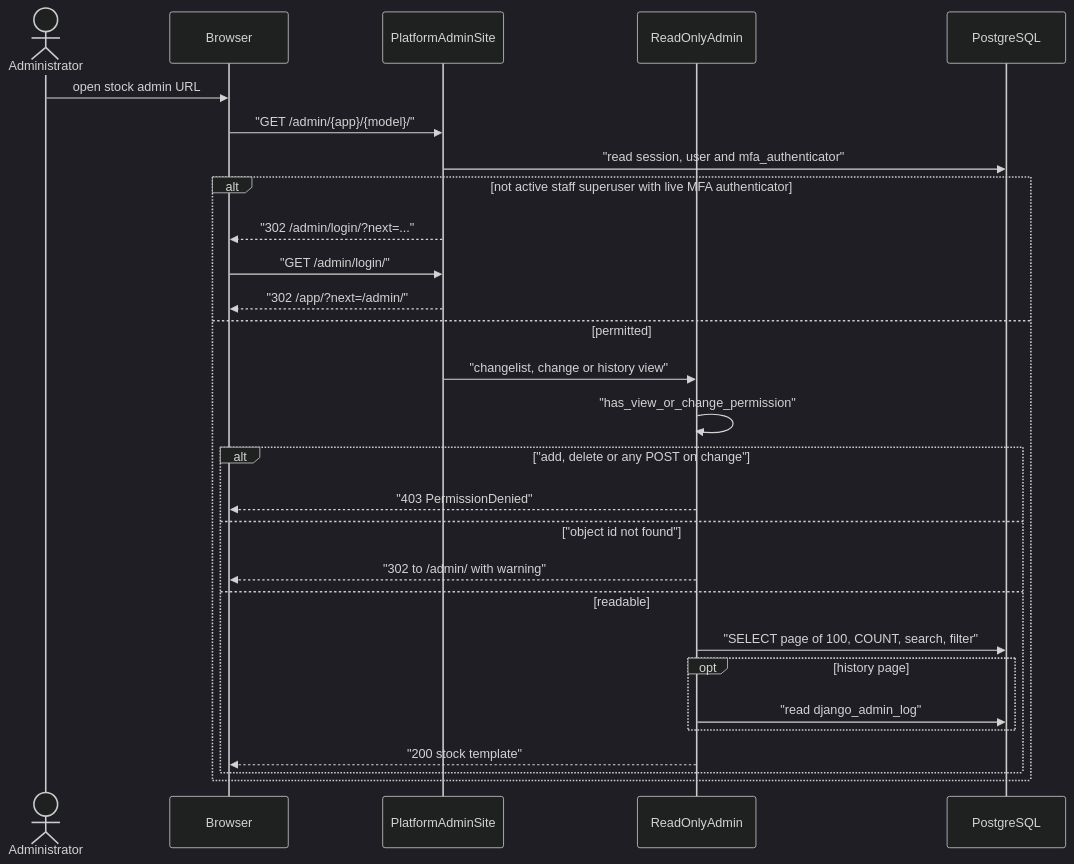
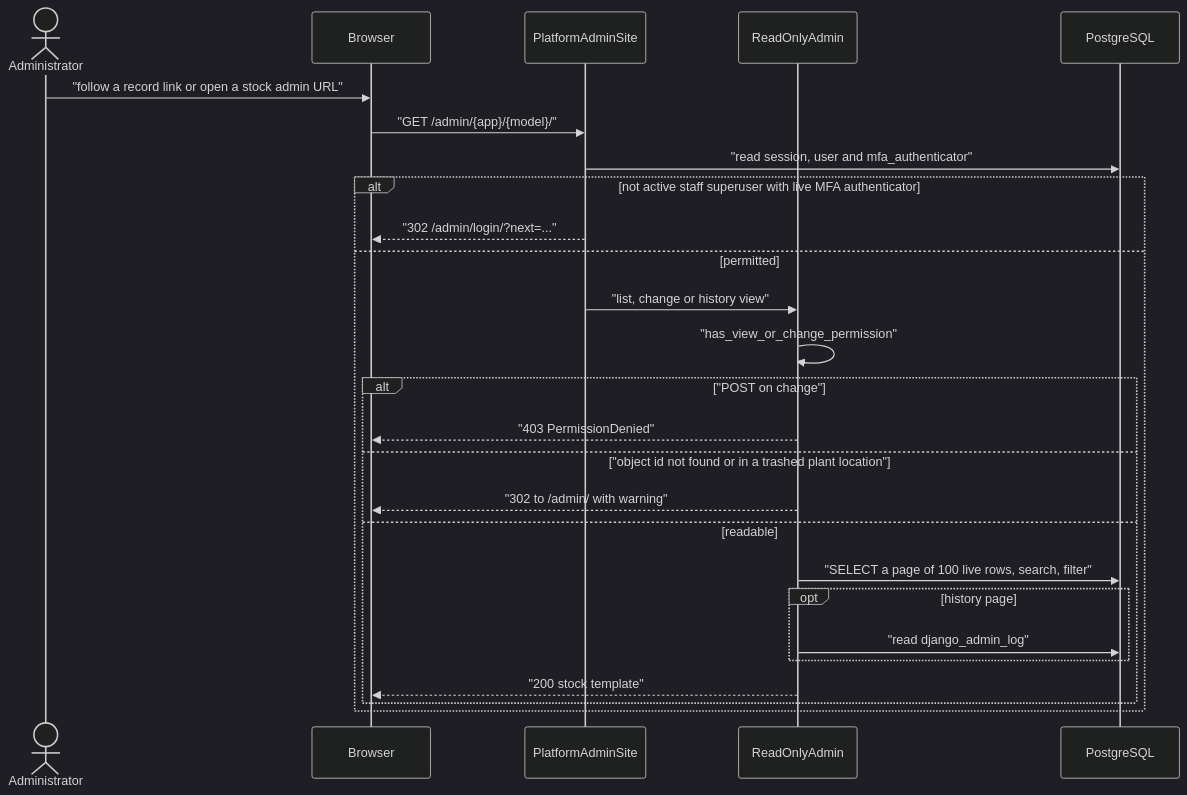
The diagram in docs/flows/admin-record-browser.md (erkurtharun/pyracast), drawn with Mermaid (dark theme) before and after one commit. The commit also changed other lines of this file and 85 other files, not shown here.

First line of the commit message:
Bring the flow pages in line with the code (#107)

````diff
--- a/docs/flows/admin-record-browser.md
+++ b/docs/flows/admin-record-browser.md
@@ -13,30 +15,28 @@
 ```mermaid
 sequenceDiagram
     actor Op as Administrator
     participant Br as Browser
     participant Site as PlatformAdminSite
     participant MA as ReadOnlyAdmin
     participant DB as PostgreSQL
-    Op->>Br: open stock admin URL
+    Op->>Br: "follow a record link or open a stock admin URL"
     Br->>Site: "GET /admin/{app}/{model}/"
     Site->>DB: "read session, user and mfa_authenticator"
     alt not active staff superuser with live MFA authenticator
         Site-->>Br: "302 /admin/login/?next=..."
-        Br->>Site: "GET /admin/login/"
-        Site-->>Br: "302 /app/?next=/admin/"
     else permitted
-        Site->>MA: "changelist, change or history view"
+        Site->>MA: "list, change or history view"
         MA->>MA: "has_view_or_change_permission"
-        alt "add, delete or any POST on change"
+        alt "POST on change"
             MA-->>Br: "403 PermissionDenied"
-        else "object id not found"
+        else "object id not found or in a trashed plant location"
             MA-->>Br: "302 to /admin/ with warning"
         else readable
-            MA->>DB: "SELECT page of 100, COUNT, search, filter"
+            MA->>DB: "SELECT a page of 100 live rows, search, filter"
             opt history page
                 MA->>DB: "read django_admin_log"
             end
             MA-->>Br: "200 stock template"
         end
     end
 ```
````
